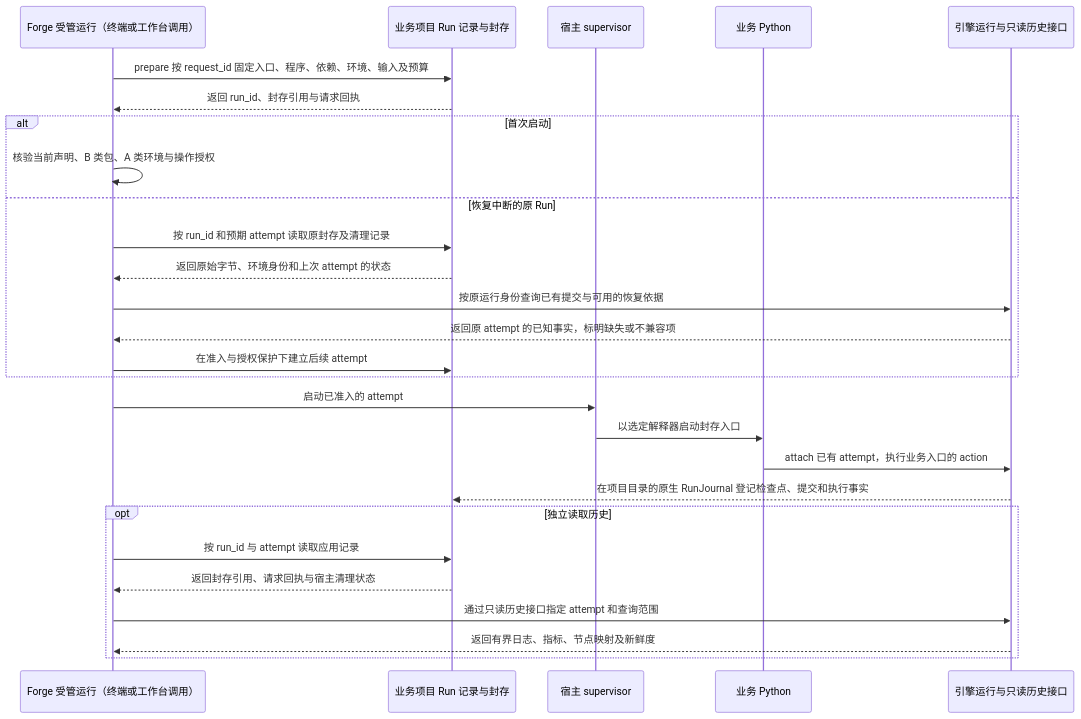
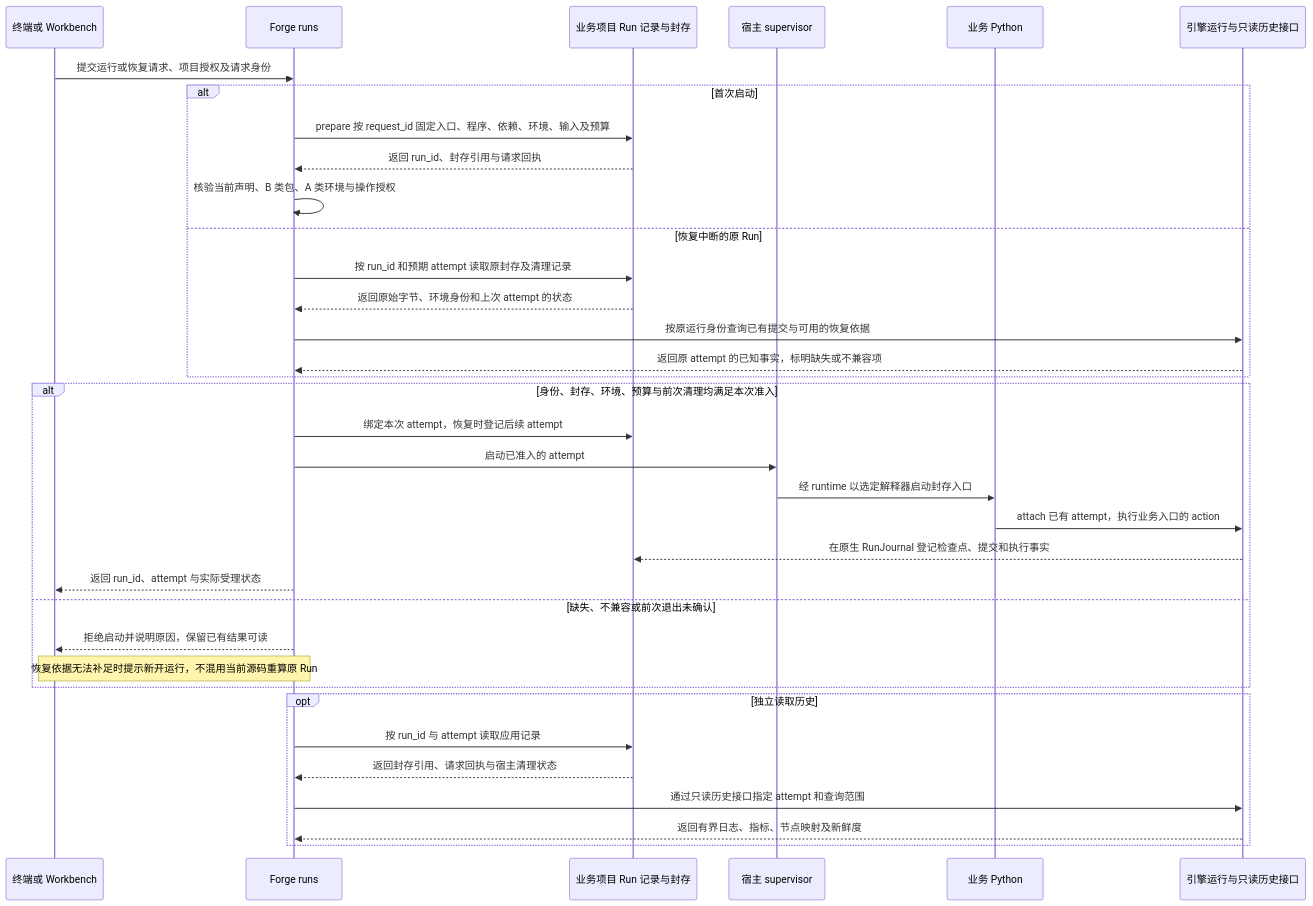
The sixth of 14 diagrams in docs/demiflow-architecture.md (vincent9299/demiflow), drawn with Mermaid before and after one commit. The commit also changed other lines of this file, not shown here.

Commit message:
Clarify architecture boundaries from confirmed development intent

````diff
--- a/docs/demiflow-architecture.md
+++ b/docs/demiflow-architecture.md
@@ -234,29 +239,37 @@
 ```mermaid
 sequenceDiagram
-    participant W as Forge 受管运行（终端或工作台调用）
+    participant H as 终端或 Workbench
+    participant W as Forge runs
     participant P as 业务项目 Run 记录与封存
     participant S as 宿主 supervisor
     participant B as 业务 Python
     participant E as 引擎运行与只读历史接口
-    W->>P: prepare 按 request_id 固定入口、程序、依赖、环境、输入及预算
-    P-->>W: 返回 run_id、封存引用与请求回执
+    H->>W: 提交运行或恢复请求、项目授权及请求身份
     alt 首次启动
+        W->>P: prepare 按 request_id 固定入口、程序、依赖、环境、输入及预算
+        P-->>W: 返回 run_id、封存引用与请求回执
         W->>W: 核验当前声明、B 类包、A 类环境与操作授权
     else 恢复中断的原 Run
         W->>P: 按 run_id 和预期 attempt 读取原封存及清理记录
         P-->>W: 返回原始字节、环境身份和上次 attempt 的状态
         W->>E: 按原运行身份查询已有提交与可用的恢复依据
         E-->>W: 返回原 attempt 的已知事实，标明缺失或不兼容项
-        W->>P: 在准入与授权保护下建立后续 attempt
     end
-    W->>S: 启动已准入的 attempt
-    S->>B: 以选定解释器启动封存入口
-    B->>E: attach 已有 attempt，执行业务入口的 action
-    E-->>P: 在项目目录的原生 RunJournal 登记检查点、提交和执行事实
+    alt 身份、封存、环境、预算与前次清理均满足本次准入
+        W->>P: 绑定本次 attempt，恢复时登记后续 attempt
+        W->>S: 启动已准入的 attempt
+        S->>B: 经 runtime 以选定解释器启动封存入口
+        B->>E: attach 已有 attempt，执行业务入口的 action
+        E-->>P: 在原生 RunJournal 登记检查点、提交和执行事实
+        W-->>H: 返回 run_id、attempt 与实际受理状态
+    else 缺失、不兼容或前次退出未确认
+        W-->>H: 拒绝启动并说明原因，保留已有结果可读
+        Note over H,W: 恢复依据无法补足时提示新开运行，不混用当前源码重算原 Run
+    end
     opt 独立读取历史
         W->>P: 按 run_id 与 attempt 读取应用记录
         P-->>W: 返回封存引用、请求回执与宿主清理状态
         W->>E: 通过只读历史接口指定 attempt 和查询范围
         E-->>W: 返回有界日志、指标、节点映射及新鲜度
     end
 ```
````
